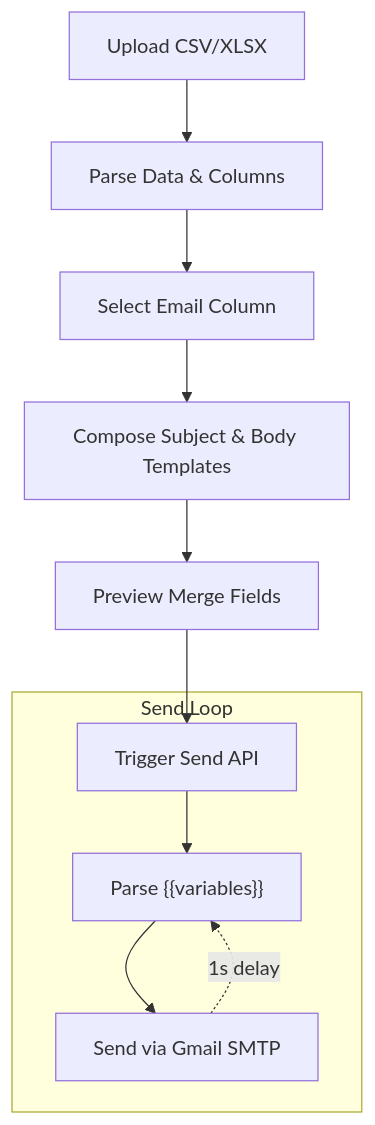
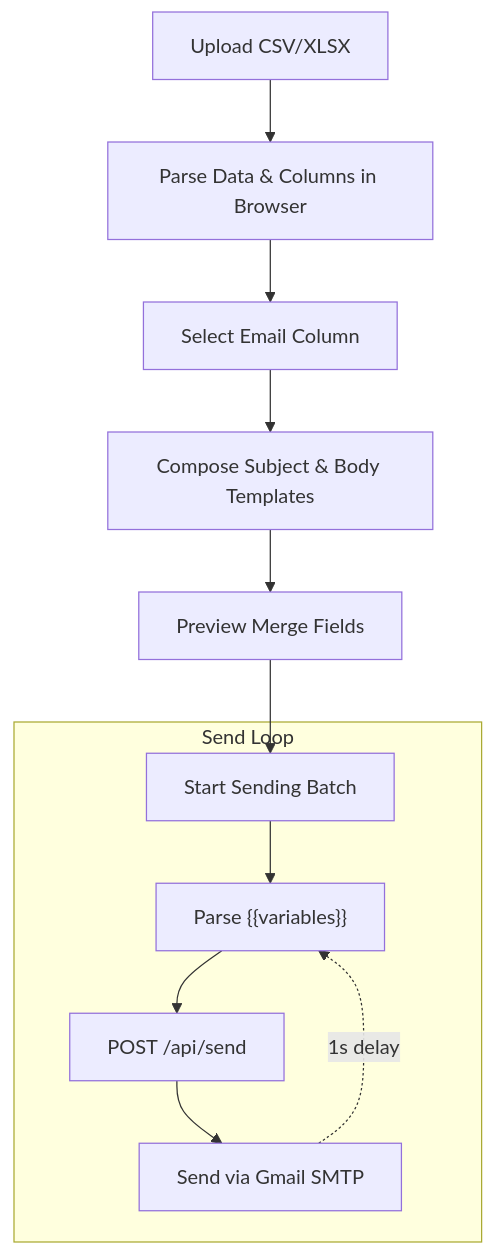
One commit to Harsh-karn/Extremis changed the first of 2 diagrams in README.md. Above: the diagram before and after it, drawn with Mermaid. The commit also changed other lines of this file and 18 other files, not shown here.

````diff
--- a/README.md
+++ b/README.md
@@ -38,14 +38,15 @@
 ```mermaid
 flowchart TD
-    A[Upload CSV/XLSX] --> B[Parse Data & Columns]
+    A[Upload CSV/XLSX] --> B[Parse Data & Columns in Browser]
     B --> C[Select Email Column]
     C --> D[Compose Subject & Body Templates]
     D --> E[Preview Merge Fields]
-    E --> F[Trigger Send API]
+    E --> F[Start Sending Batch]
     
     subgraph Send Loop
     F --> G["Parse {{variables}}"]
-    G --> H[Send via Gmail SMTP]
-    H -. 1s delay .-> G
+    G --> H[POST /api/send]
+    H --> I[Send via Gmail SMTP]
+    I -. 1s delay .-> G
     end
 ```
````
